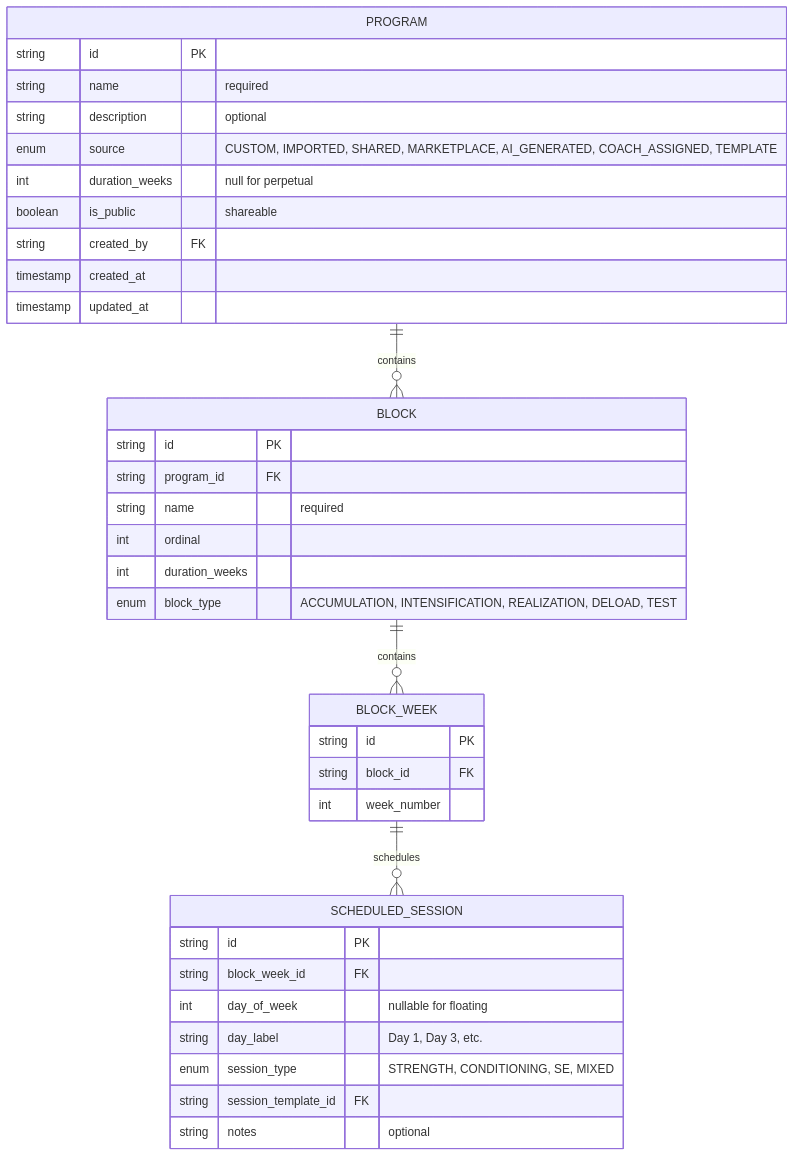
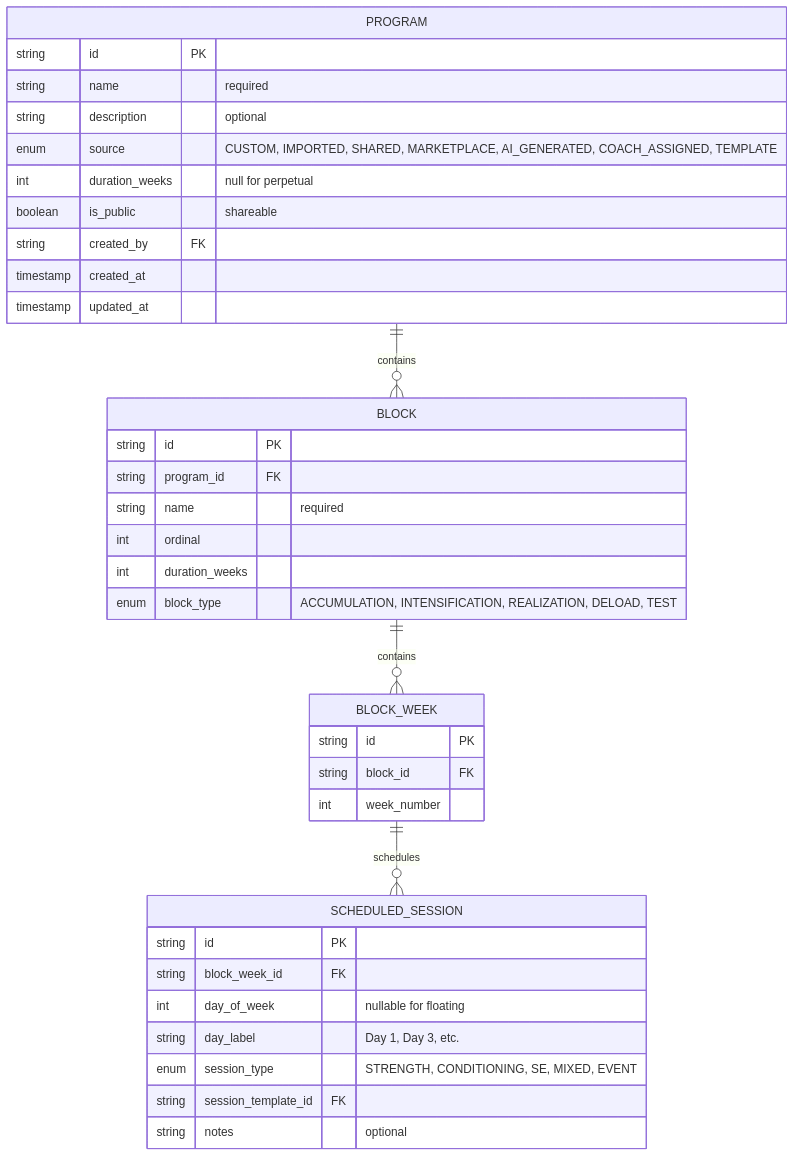
Before and after one commit to rghsoftware/ardent-forge: the eighth of 19 diagrams in docs/05-domain-model.md, drawn with Mermaid. The commit also changed other lines of this file and 14 other files, not shown here.

````diff
--- a/docs/05-domain-model.md
+++ b/docs/05-domain-model.md
@@ -355,43 +368,43 @@
 ```mermaid
 erDiagram
     PROGRAM {
         string id PK
         string name "required"
         string description "optional"
         enum source "CUSTOM, IMPORTED, SHARED, MARKETPLACE, AI_GENERATED, COACH_ASSIGNED, TEMPLATE"
         int duration_weeks "null for perpetual"
         boolean is_public "shareable"
         string created_by FK
         timestamp created_at
         timestamp updated_at
     }
 
     BLOCK {
         string id PK
         string program_id FK
         string name "required"
         int ordinal
         int duration_weeks
         enum block_type "ACCUMULATION, INTENSIFICATION, REALIZATION, DELOAD, TEST"
     }
 
     BLOCK_WEEK {
         string id PK
         string block_id FK
         int week_number
     }
 
     SCHEDULED_SESSION {
         string id PK
         string block_week_id FK
         int day_of_week "nullable for floating"
         string day_label "Day 1, Day 3, etc."
-        enum session_type "STRENGTH, CONDITIONING, SE, MIXED"
+        enum session_type "STRENGTH, CONDITIONING, SE, MIXED, EVENT"
         string session_template_id FK
         string notes "optional"
     }
 
     PROGRAM ||--o{ BLOCK : "contains"
     BLOCK ||--o{ BLOCK_WEEK : "contains"
     BLOCK_WEEK ||--o{ SCHEDULED_SESSION : "schedules"
 ```
````
